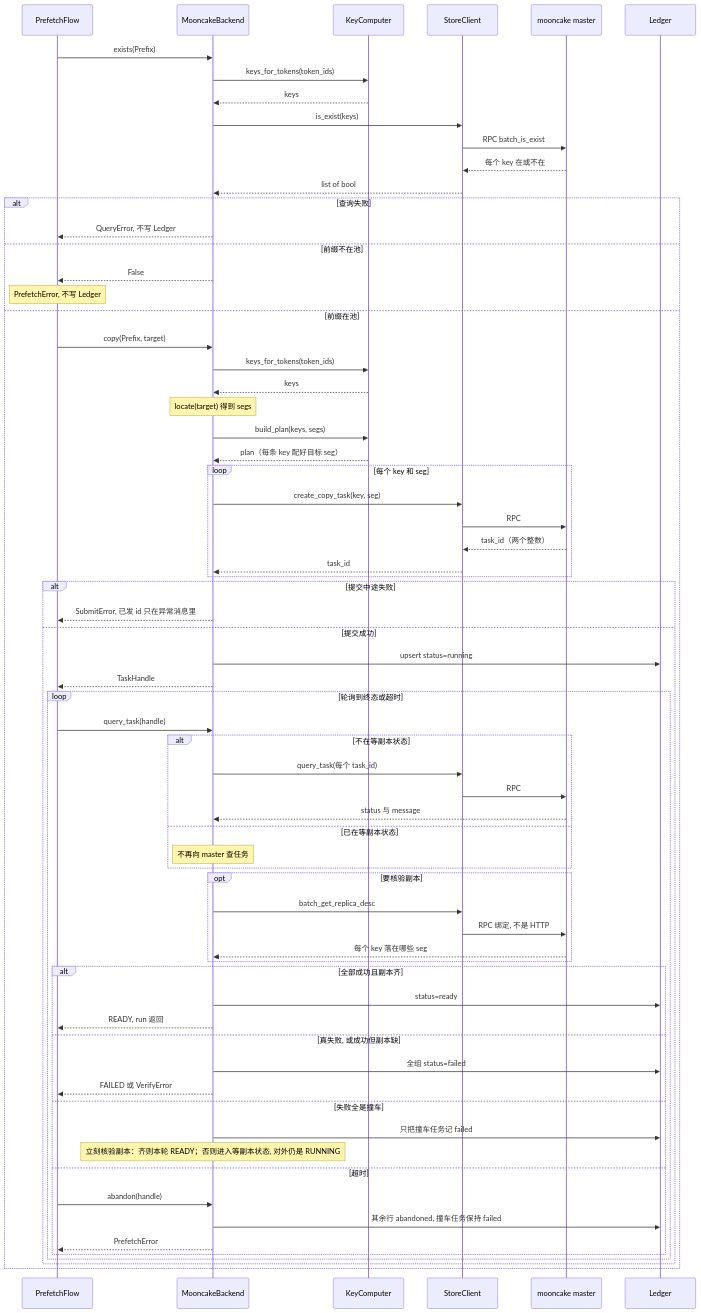
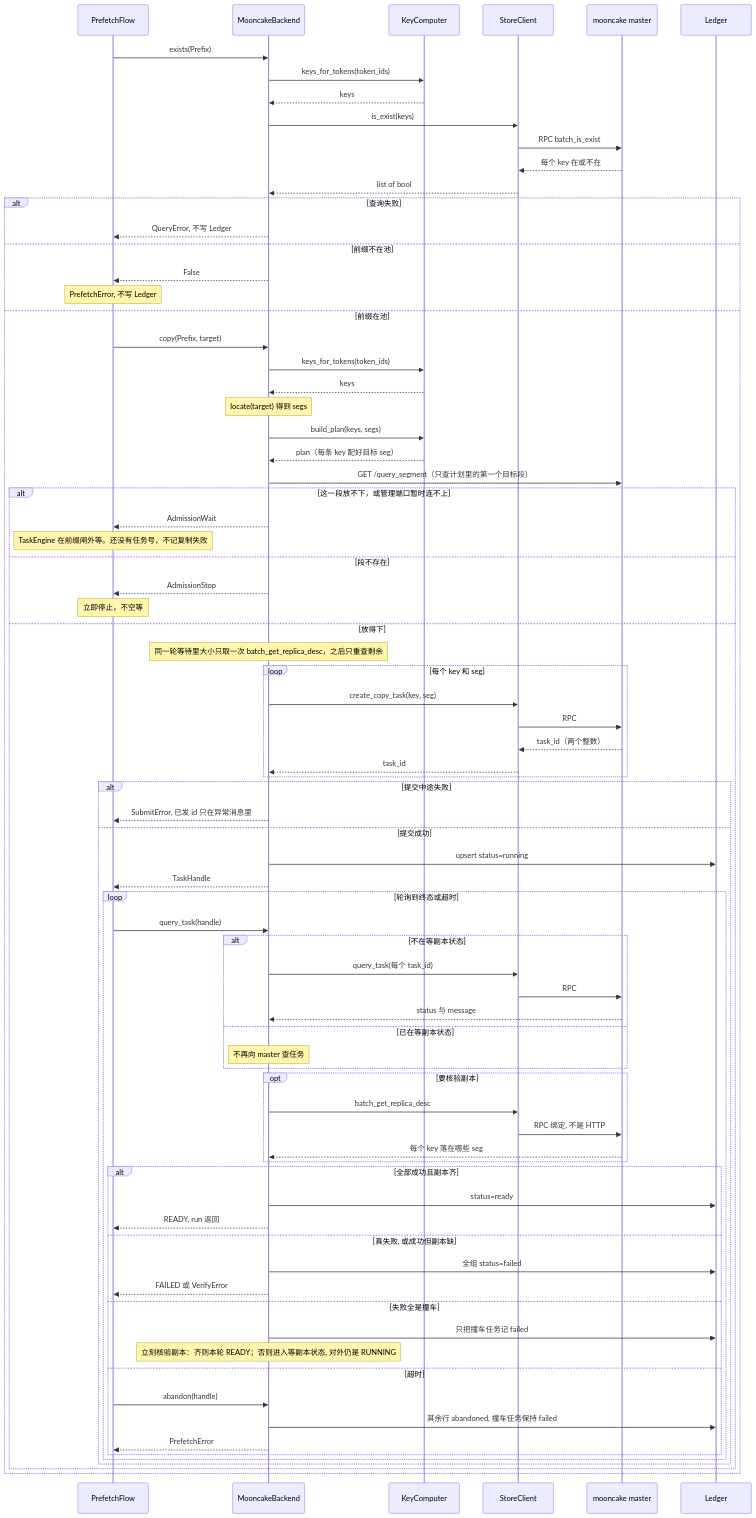
One commit to 5x8-40/lake changed the diagram in kvcm/design/flows/prefetch.md. Above: the diagram before and after it, drawn with Mermaid. The commit also changed other lines of this file and 5 other files, not shown here.

````diff
--- a/kvcm/design/flows/prefetch.md
+++ b/kvcm/design/flows/prefetch.md
@@ -21,71 +23,81 @@
 ```mermaid
 sequenceDiagram
     participant Flow as PrefetchFlow
     participant BE as MooncakeBackend
     participant KC as KeyComputer
     participant SC as StoreClient
     participant M as mooncake master
     participant DB as Ledger
 
     Flow->>BE: exists(Prefix)
     BE->>KC: keys_for_tokens(token_ids)
     KC-->>BE: keys
     BE->>SC: is_exist(keys)
     SC->>M: RPC batch_is_exist
     M-->>SC: 每个 key 在或不在
     SC-->>BE: list of bool
     alt 查询失败
         BE-->>Flow: QueryError, 不写 Ledger
     else 前缀不在池
         BE-->>Flow: False
         Note over Flow: PrefetchError, 不写 Ledger
     else 前缀在池
         Flow->>BE: copy(Prefix, target)
         BE->>KC: keys_for_tokens(token_ids)
         KC-->>BE: keys
         Note over BE: locate(target) 得到 segs
         BE->>KC: build_plan(keys, segs)
         KC-->>BE: plan（每条 key 配好目标 seg）
-        loop 每个 key 和 seg
+        BE->>M: GET /query_segment（只查计划里的第一个目标段）
+        alt 这一段放不下，或管理端口暂时连不上
+            BE-->>Flow: AdmissionWait
+            Note over Flow: TaskEngine 在前缀闸外等。还没有任务号，不记复制失败
+        else 段不存在
+            BE-->>Flow: AdmissionStop
+            Note over Flow: 立即停止，不空等
+        else 放得下
+            Note over BE: 同一轮等待里大小只取一次 batch_get_replica_desc，之后只重查剩余
+            loop 每个 key 和 seg
             BE->>SC: create_copy_task(key, seg)
             SC->>M: RPC
             M-->>SC: task_id（两个整数）
             SC-->>BE: task_id
         end
         alt 提交中途失败
             BE-->>Flow: SubmitError, 已发 id 只在异常消息里
         else 提交成功
             BE->>DB: upsert status=running
             BE-->>Flow: TaskHandle
             loop 轮询到终态或超时
                 Flow->>BE: query_task(handle)
                 alt 不在等副本状态
                     BE->>SC: query_task(每个 task_id)
                     SC->>M: RPC
                     M-->>BE: status 与 message
                 else 已在等副本状态
                     Note over BE: 不再向 master 查任务
                 end
                 opt 要核验副本
                     BE->>SC: batch_get_replica_desc
                     SC->>M: RPC 绑定, 不是 HTTP
                     M-->>BE: 每个 key 落在哪些 seg
                 end
                 alt 全部成功且副本齐
                     BE->>DB: status=ready
                     BE-->>Flow: READY, run 返回
                 else 真失败, 或成功但副本缺
                     BE->>DB: 全组 status=failed
                     BE-->>Flow: FAILED 或 VerifyError
                 else 失败全是撞车
                     BE->>DB: 只把撞车任务记 failed
                     Note over BE: 立刻核验副本：齐则本轮 READY；否则进入等副本状态, 对外仍是 RUNNING
                 else 超时
                     Flow->>BE: abandon(handle)
                     BE->>DB: 其余行 abandoned, 撞车任务保持 failed
                     BE-->>Flow: PrefetchError
                 end
             end
         end
+        end
     end
 ```
````
